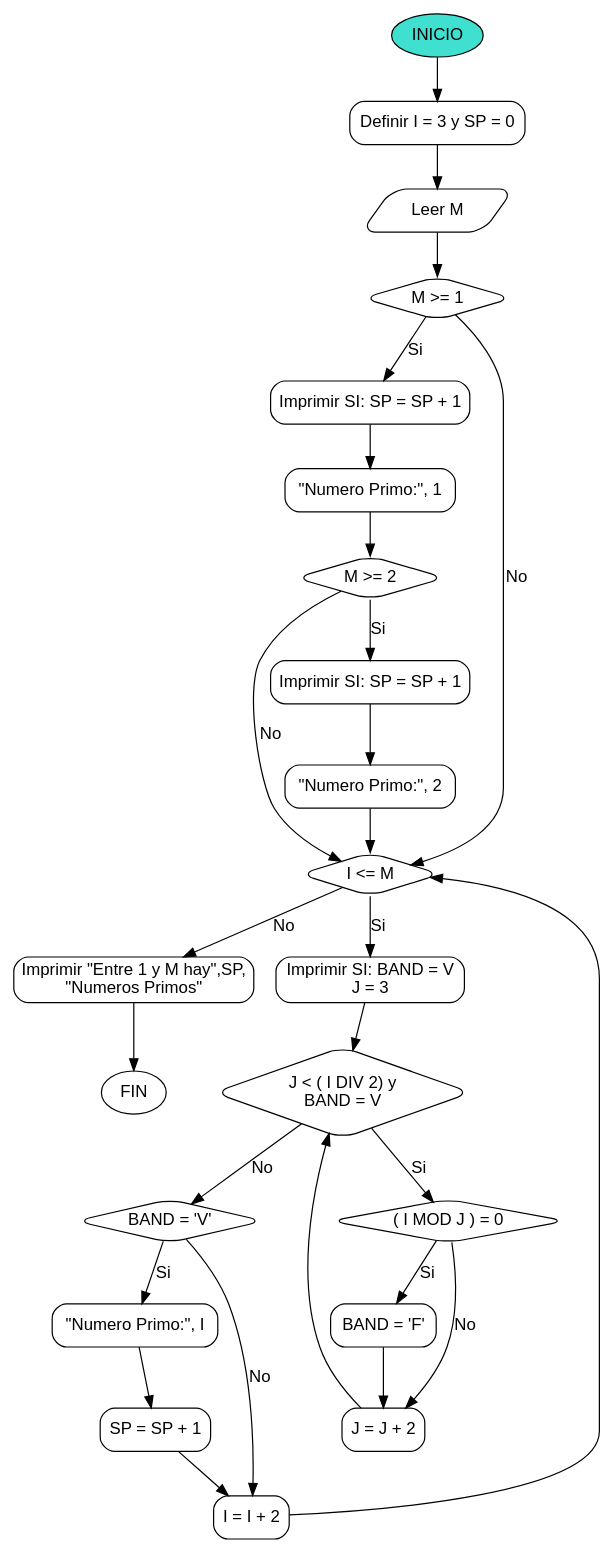
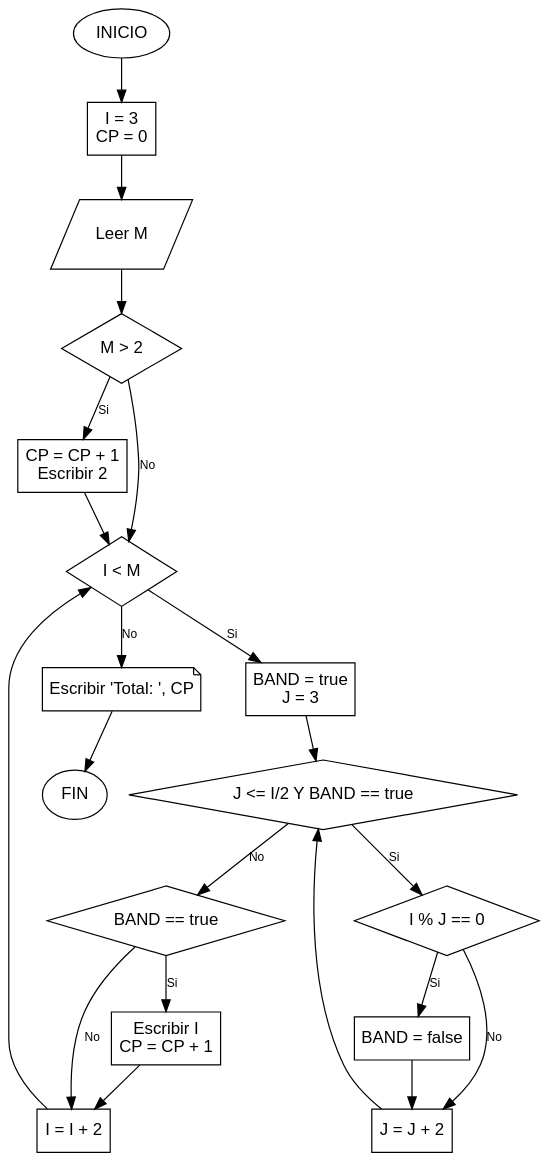
Before and after one commit to 23Leilany166/java-tutor-tics: the diagram in Ejercicios/Problema_3_17/Diagrama/Problema_3_17.dot, drawn with Graphviz. The commit also changed 248 other files, not shown here.

```diff
--- a/Ejercicios/Problema_3_17/Diagrama/Problema_3_17.dot
+++ b/Ejercicios/Problema_3_17/Diagrama/Problema_3_17.dot
@@ -1,123 +1,44 @@
 digraph Problema_3_17 {
-    graph [fontname="Arial"];
-    node [shape=box, style=rounded, fontname="Arial"];
-    edge [fontname="Arial"];
+    // Configuración
+    graph [bgcolor="transparent"];
+    node [shape=rect, fontname="Arial", margin="0.1,0.1"];
+    edge [fontname="Arial", fontsize=10];
 
-    Inicio [
-        shape=ellipse,
-        label="INICIO", 
-        fillcolor="#40e0d0", 
-        style="filled"
-    ];
-    Escribir [
-        shape=box,
-        label=" Definir I = 3 y SP = 0"
-    ];
-    Entrada_datos [
-        shape=parallelogram,
-        label=" Leer M "
-    ];
-    Condicion [
-        shape=diamond,
-        label=" M >= 1 "
-    ];
-    Opcion [
-        shape=box,
-        label="Imprimir SI: SP = SP + 1"
-    ];
-    Opcion1 [
-        shape=box,
-        label=" \"Numero Primo:\", 1 "
-    ];
-    Condicion1 [
-        shape=diamond,
-        label=" M >= 2 "
-    ];
-    True [
-        shape=box,
-        label="Imprimir SI: SP = SP + 1"
-    ];
-    False [
-        shape=box,
-        label="Imprimir \"Entre 1 y M hay\",SP,\n \"Numeros Primos\""
-    ];
-    Opcion3 [
-        shape=box,
-        label=" \"Numero Primo:\", 2 "
-    ];
-    Condicion2 [
-        shape=diamond,
-        label=" I <= M "
-    ];
-    Afimativo [
-        shape=box,
-        label="Imprimir SI: BAND = V \n J = 3"
-    ];
-    Condicion3 [
-        shape=diamond,
-        label=" J < ( I DIV 2) y\n BAND = V "
-    ];
-    Condicion4 [
-        shape=diamond,
-        label="( I MOD J ) = 0"
-    ];
-    Verdad [
-        shape=box,
-        label=" BAND = \'F\'"
-    ];
-    Opcion4 [
-        shape=box,
-        label="J = J + 2"
-    ];
-    Condicion5 [
-        shape=diamond,
-        label="BAND = \'V\'"
-    ];
-    Leer1 [
-        shape=box,
-        label=" \"Numero Primo:\", I " /* Corregido de '1' a 'I' */
-    ];
-    Opcion5 [
-        shape=box,
-        label="SP = SP + 1"
-    ];
-    Opcion6 [
-        shape=box,
-        label="I = I + 2"
-    ];
-    Fin [
-        shape=ellipse,
-        label="FIN"
-    ];
+    // Nodos
+    INICIO [shape=ellipse, label="INICIO"];
+    INIT_VARS [label="I = 3\nCP = 0"];
+    LEER_M [shape=parallelogram, label="Leer M"];
+    COND_M_GT_2 [shape=diamond, label="M > 2"];
+    PROCESO_2 [label="CP = CP + 1\nEscribir 2"];
+    BUCLE_I [shape=diamond, label="I < M"];
+    INIT_BUCLE_J [label="BAND = true\nJ = 3"];
+    BUCLE_J [shape=diamond, label="J <= I/2 Y BAND == true"];
+    COND_MOD [shape=diamond, label="I % J == 0"];
+    SET_BAND_F [label="BAND = false"];
+    INC_J [label="J = J + 2"];
+    COND_BAND_V [shape=diamond, label="BAND == true"];
+    PROCESO_PRIMO [label="Escribir I\nCP = CP + 1"];
+    INC_I [label="I = I + 2"];
+    IMPRIMIR_FINAL [shape=note, label="Escribir 'Total: ', CP"];
+    FIN [shape=ellipse, label="FIN"];
 
-    // --- Definición de Flechas (Edges) ---
-
-    Inicio -> Escribir;
-    Escribir -> Entrada_datos;
-    Entrada_datos -> Condicion;
-    Condicion -> Condicion2 [label=" No"];
-    Condicion -> Opcion [label="Si"];
-    Opcion -> Opcion1;
-    Opcion1 -> Condicion1;
-    Condicion1 -> Condicion2 [label=" No"];
-    Condicion1 -> True [label="Si"];
-    Condicion2 -> False [label="No"];
-    True -> Opcion3;
-    Opcion3 -> Condicion2;
-    Condicion2 -> Afimativo [label="Si"];
-    Afimativo -> Condicion3;
-    Condicion3 -> Condicion4 [label="Si"];
-    Condicion3 -> Condicion5 [label="No"];
-    Condicion4 -> Verdad [label="Si"];
-    Condicion4 -> Opcion4 [label="No"];
-    Verdad -> Opcion4;
-    Condicion5 -> Leer1 [label="Si"];
-    Condicion5 -> Opcion6 [label="No"];
-    Leer1 -> Opcion5;
-    Opcion5 -> Opcion6;
-    False -> Fin;
-    
-    // --- Flechas de Bucle Faltantes ---
-    Opcion4 -> Condicion3; // Bucle interno (J)
-    Opcion6 -> Condicion2; // Bucle externo (I)
+    // Conexiones
+    INICIO -> INIT_VARS -> LEER_M -> COND_M_GT_2;
+    COND_M_GT_2 -> PROCESO_2 [label="Si"]; 
+    PROCESO_2 -> BUCLE_I;
+    COND_M_GT_2 -> BUCLE_I [label="No"];
+    BUCLE_I -> INIT_BUCLE_J [label="Si"]; 
+    INIT_BUCLE_J -> BUCLE_J;
+    BUCLE_J -> COND_MOD [label="Si"]; 
+    COND_MOD -> SET_BAND_F [label="Si"]; 
+    SET_BAND_F -> INC_J;
+    COND_MOD -> INC_J [label="No"]; 
+    INC_J -> BUCLE_J;
+    BUCLE_J -> COND_BAND_V [label="No"];
+    COND_BAND_V -> PROCESO_PRIMO [label="Si"]; 
+    PROCESO_PRIMO -> INC_I;
+    COND_BAND_V -> INC_I [label="No"]; 
+    INC_I -> BUCLE_I;
+    BUCLE_I -> IMPRIMIR_FINAL [label="No"]; 
+    IMPRIMIR_FINAL -> FIN;
 }
```
